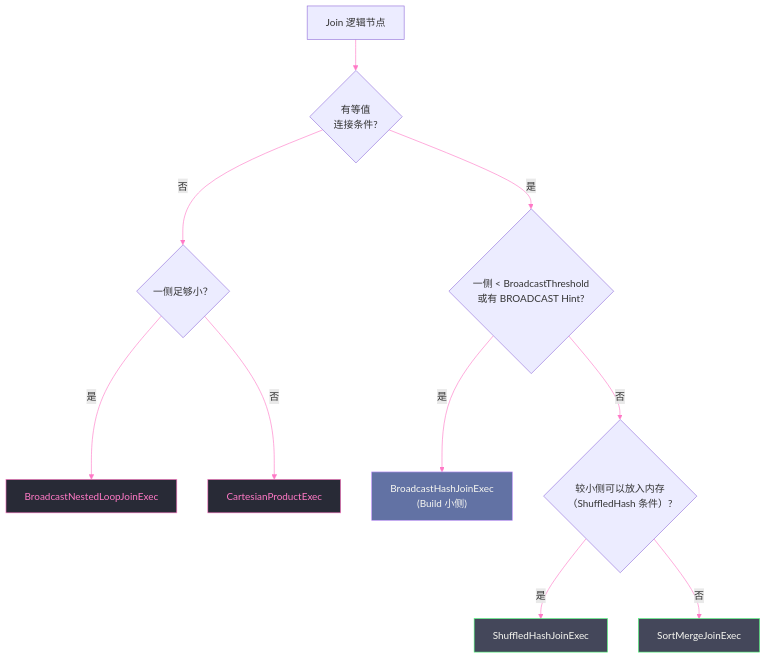
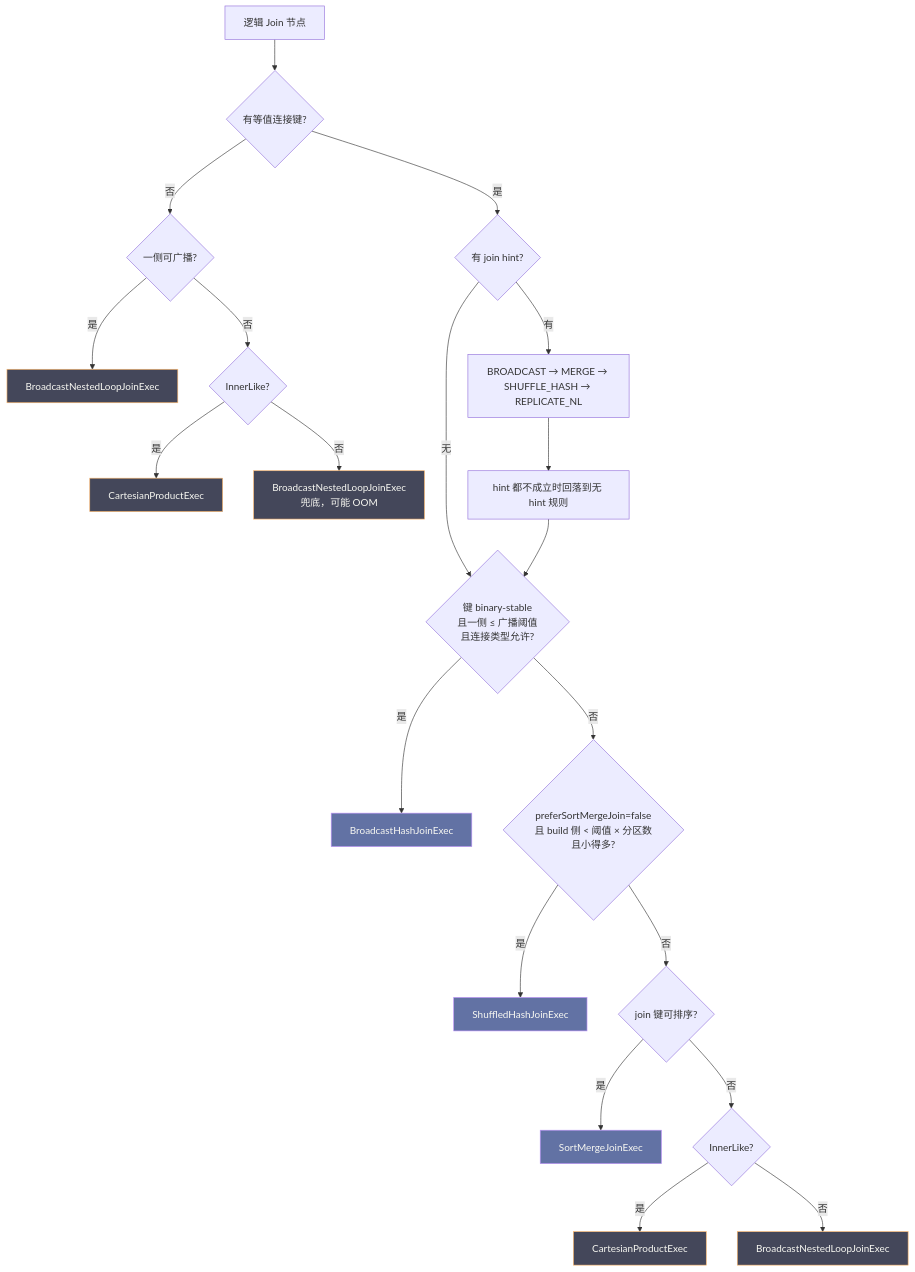
Before and after one commit to hpliStartAgain/my-brain: the second of 5 diagrams in content/大数据/Spark/Spark-SQL深度解析与性能调优/05 Physical Planning：从逻辑计划到物理算子的策略选择.md, drawn with Mermaid. The commit also changed other lines of this file and 455 other files, not shown here.

````diff
--- a/content/大数据/Spark/Spark-SQL深度解析与性能调优/05 Physical Planning：从逻辑计划到物理算子的策略选择.md
+++ b/content/大数据/Spark/Spark-SQL深度解析与性能调优/05 Physical Planning：从逻辑计划到物理算子的策略选择.md
@@ -89,26 +208,32 @@
 ```mermaid
-%%{init: {"theme": "dracula", "themeVariables": {"primaryColor": "#6272a4", "primaryTextColor": "#f8f8f2", "primaryBorderColor": "#bd93f9", "lineColor": "#ff79c6", "secondaryColor": "#44475a", "tertiaryColor": "#282a36"}}}%%
+%%{init: {'theme': 'dracula'}}%%
 graph TD
-    J["Join 逻辑节点"]
-    J --> Q1{"有等值</br>连接条件?"}
+    J["逻辑 Join 节点"] --> EQ{"有等值连接键?"}
 
-    Q1 -- "否" --> Q2{"一侧足够小？"}
-    Q2 -- "是" --> BNLJ["BroadcastNestedLoopJoinExec"]
-    Q2 -- "否" --> CP["CartesianProductExec"]
+    EQ -- "否" --> NE1{"一侧可广播?"}
+    NE1 -- "是" --> BNLJ["BroadcastNestedLoopJoinExec"]
+    NE1 -- "否" --> NE2{"InnerLike?"}
+    NE2 -- "是" --> CP["CartesianProductExec"]
+    NE2 -- "否" --> BNLJ2["BroadcastNestedLoopJoinExec<br/>兜底，可能 OOM"]
 
-    Q1 -- "是" --> Q3{"一侧 < BroadcastThreshold</br>或有 BROADCAST Hint?"}
-    Q3 -- "是" --> BHJ["BroadcastHashJoinExec</br>(Build 小侧)"]
+    EQ -- "是" --> H{"有 join hint?"}
+    H -- "有" --> H1["BROADCAST → MERGE → SHUFFLE_HASH → REPLICATE_NL"]
+    H1 --> FALLBACK["hint 都不成立时回落到无 hint 规则"]
+    H -- "无" --> B1{"键 binary-stable<br/>且一侧 ≤ 广播阈值<br/>且连接类型允许?"}
+    B1 -- "是" --> BHJ["BroadcastHashJoinExec"]
+    B1 -- "否" --> B2{"preferSortMergeJoin=false<br/>且 build 侧 < 阈值 × 分区数<br/>且小得多?"}
+    B2 -- "是" --> SHJ["ShuffledHashJoinExec"]
+    B2 -- "否" --> B3{"join 键可排序?"}
+    B3 -- "是" --> SMJ["SortMergeJoinExec"]
+    B3 -- "否" --> B4{"InnerLike?"}
+    B4 -- "是" --> CP2["CartesianProductExec"]
+    B4 -- "否" --> BNLJ3["BroadcastNestedLoopJoinExec"]
 
-    Q3 -- "否" --> Q4{"较小侧可以放入内存</br>（ShuffledHash 条件）?"}
-    Q4 -- "是" --> SHJ["ShuffledHashJoinExec"]
+    FALLBACK --> B1
 
-    Q4 -- "否" --> SMJ["SortMergeJoinExec"]
-
-    classDef preferred fill:#6272a4,stroke:#bd93f9,color:#f8f8f2
-    classDef fallback fill:#44475a,stroke:#50fa7b,color:#f8f8f2
-    classDef last fill:#282a36,stroke:#ff79c6,color:#ff79c6
-
-    class BHJ preferred
-    class SHJ,SMJ fallback
-    class BNLJ,CP last
+    classDef pick fill:#6272a4,stroke:#bd93f9,color:#f8f8f2
+    classDef warn fill:#44475a,stroke:#ffb86c,color:#f8f8f2
+    classDef worst fill:#282a36,stroke:#ff5555,color:#f8f8f2
+    class BHJ,SHJ,SMJ pick
+    class BNLJ,BNLJ2,BNLJ3,CP,CP2 warn
 ```
````
